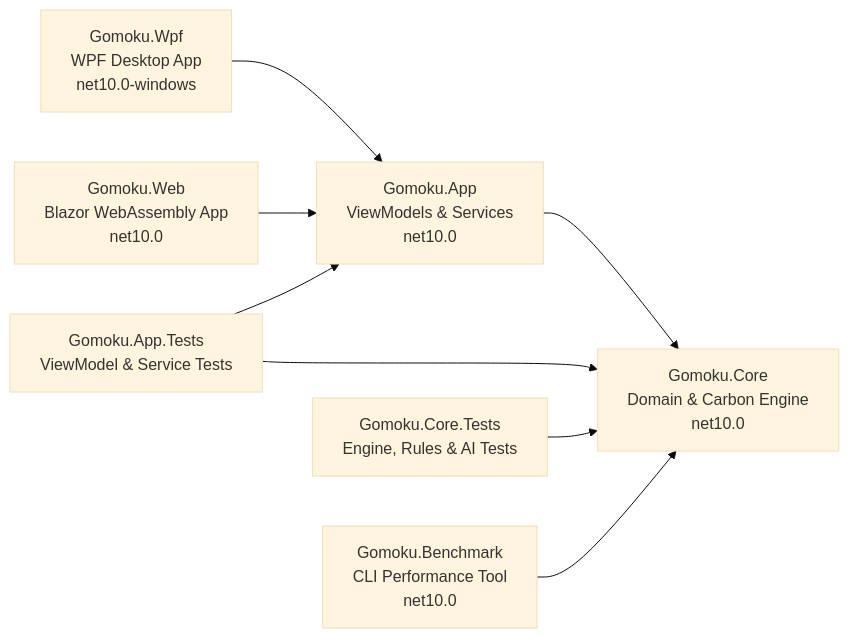
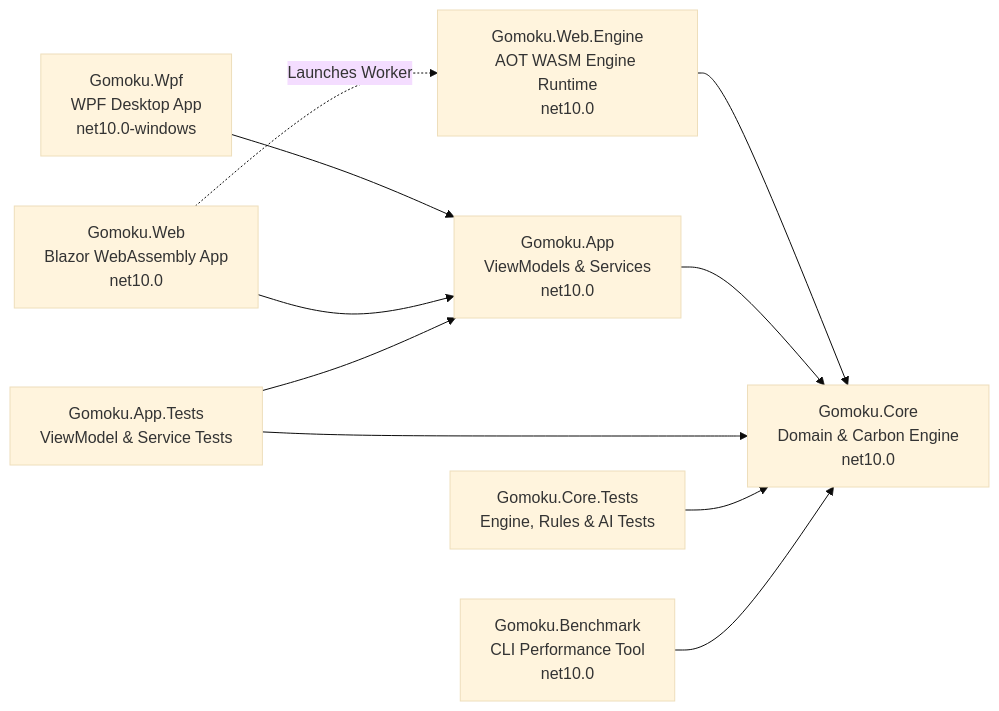
One commit to cjp-dev/Gomoku changed the first of 4 diagrams in docs/brain/01-overview.md. Above: the diagram before and after it, drawn with Mermaid (base theme). The commit also changed other lines of this file and 29 other files, not shown here.

````diff
--- a/docs/brain/01-overview.md
+++ b/docs/brain/01-overview.md
@@ -15,10 +15,12 @@
 ```mermaid
 flowchart LR
     Wpf["Gomoku.Wpf<br/>WPF Desktop App<br/>net10.0-windows"] --> Shared["Gomoku.App<br/>ViewModels &amp; Services<br/>net10.0"]
     Web["Gomoku.Web<br/>Blazor WebAssembly App<br/>net10.0"] --> Shared
-    Shared --> Core["Gomoku.Core<br/>Domain &amp; Carbon Engine<br/>net10.0"]
+    WebEngine["Gomoku.Web.Engine<br/>AOT WASM Engine Runtime<br/>net10.0"] --> Core["Gomoku.Core<br/>Domain &amp; Carbon Engine<br/>net10.0"]
+    Web -.->|"Launches Worker"| WebEngine
+    Shared --> Core
     AppTests["Gomoku.App.Tests<br/>ViewModel &amp; Service Tests"] --> Shared
     AppTests --> Core
     CoreTests["Gomoku.Core.Tests<br/>Engine, Rules &amp; AI Tests"] --> Core
     Bench["Gomoku.Benchmark<br/>CLI Performance Tool<br/>net10.0"] --> Core
 ```
````
